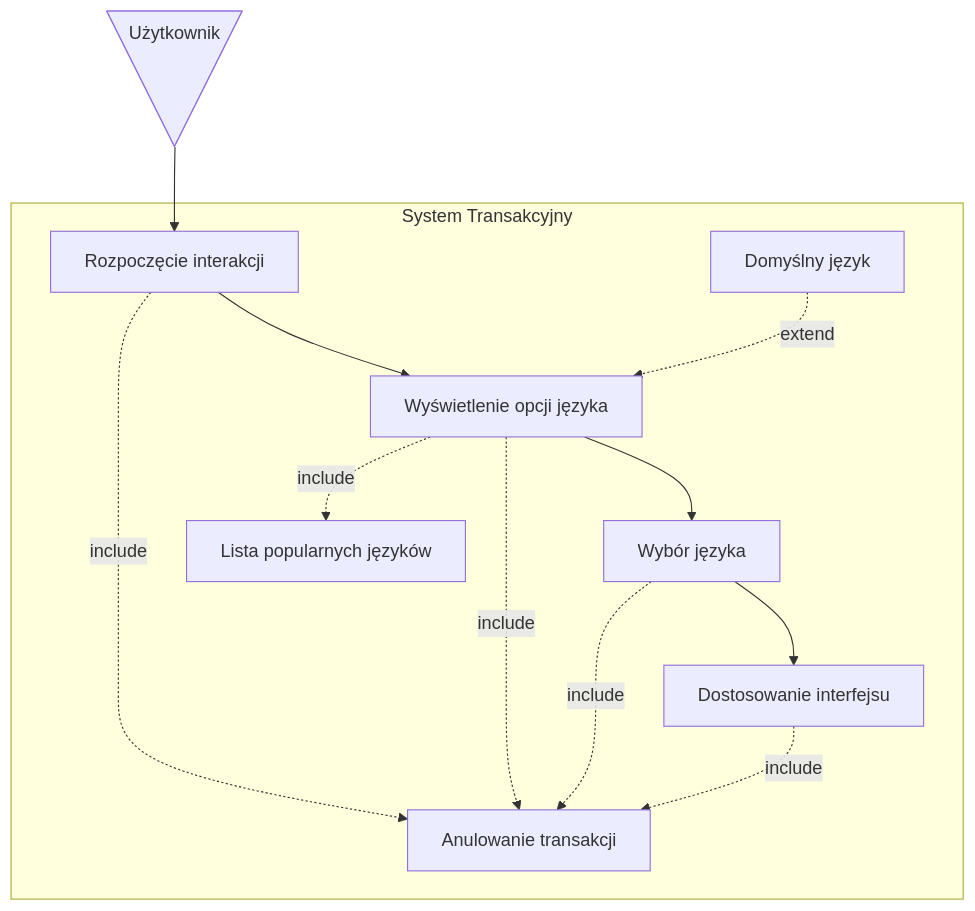
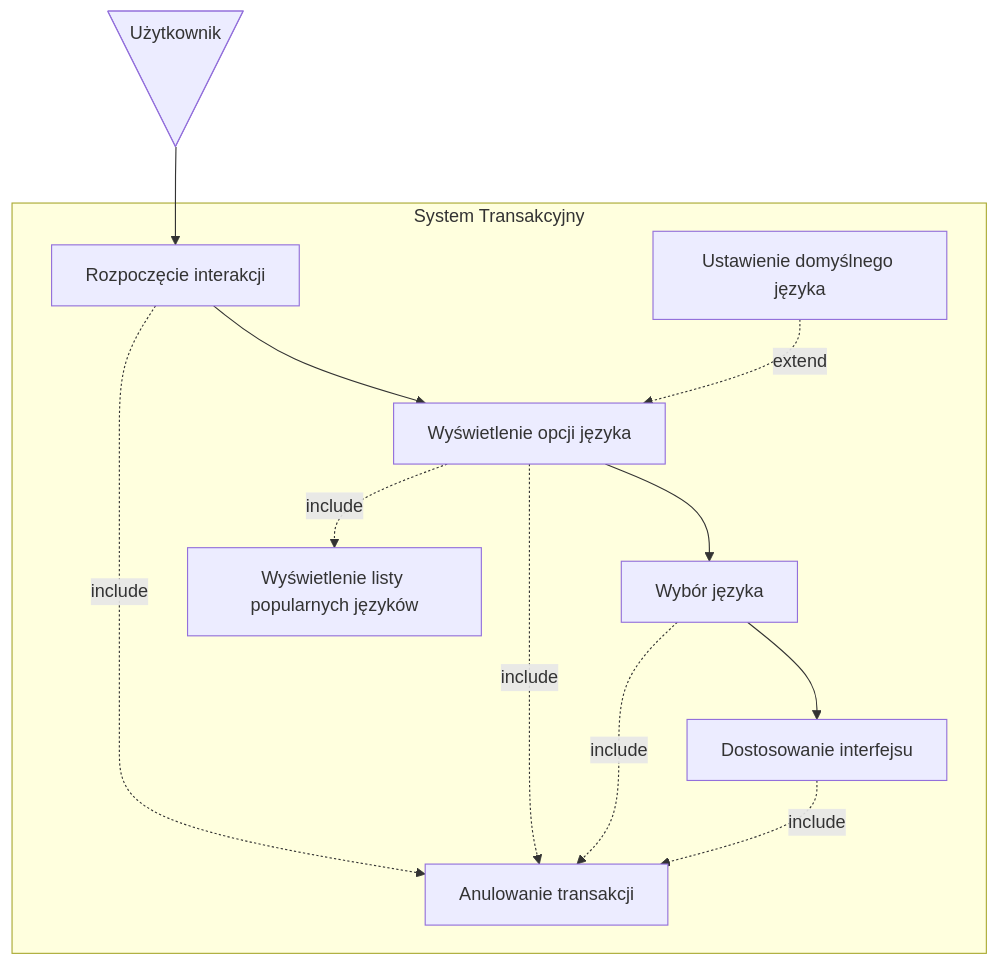
The second of 5 diagrams in userstories/user.md (MarcinMarszewski/dowolna_nazwa), drawn with Mermaid before and after one commit.

````diff
--- a/userstories/user.md
+++ b/userstories/user.md
@@ -57,34 +57,34 @@
 ```mermaid
 graph TD
   US@{ shape: manual-file, label: "Użytkownik" }
   uc1[Rozpoczęcie interakcji]
   uc2[Wyświetlenie opcji języka]
   uc3[Wybór języka]
   uc4[Dostosowanie interfejsu]
   uc5[Anulowanie transakcji]
-  uc6[Domyślny język]
-  uc7[Lista popularnych języków]
+  uc6[Ustawienie domyślnego języka]
+  uc7[Wyświetlenie listy popularnych języków]
 
   US  --> uc1
   uc1 --> uc2
   uc2 --> uc3
   uc3 --> uc4
 
   uc1 -. include .-> uc5
   uc2 -. include .-> uc5
   uc3 -. include .-> uc5
   uc4 -. include .-> uc5
   uc6 -. extend .-> uc2
   uc2 -. include .-> uc7
 
 subgraph System Transakcyjny
   uc1
   uc2
   uc3
   uc4
   uc5
   uc6
   uc7
 end
 
 ```
````
